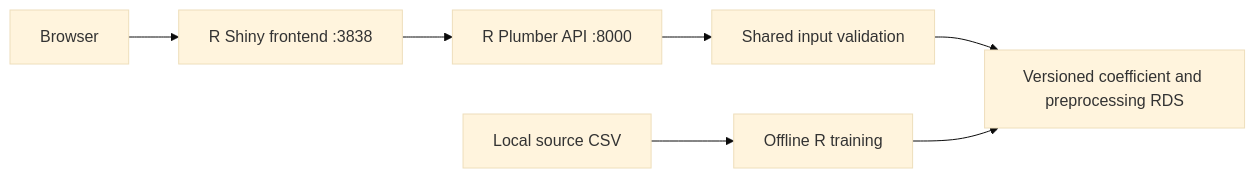
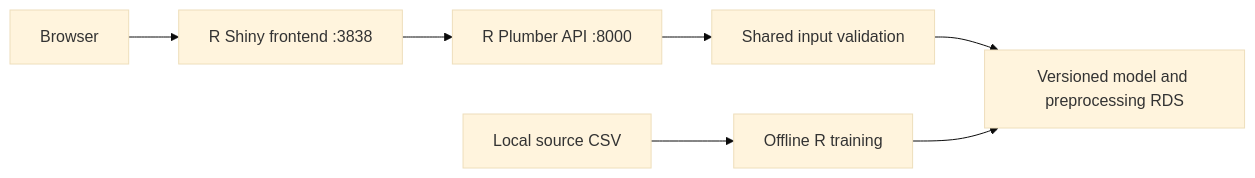
The diagram in docs/ARCHITECTURE.md (Zeeshan1786/vehicle-price-segmentation), drawn with Mermaid (base theme) before and after one commit. The commit also changed other lines of this file and 23 other files, not shown here.

````diff
--- a/docs/ARCHITECTURE.md
+++ b/docs/ARCHITECTURE.md
@@ -8,9 +8,9 @@
 ```mermaid
 flowchart LR
   U[Browser] --> S[R Shiny frontend :3838]
   S --> P[R Plumber API :8000]
   P --> V[Shared input validation]
-  V --> M[Versioned coefficient and preprocessing RDS]
+  V --> M[Versioned model and preprocessing RDS]
   C[Local source CSV] --> T[Offline R training]
   T --> M
 ```
````
